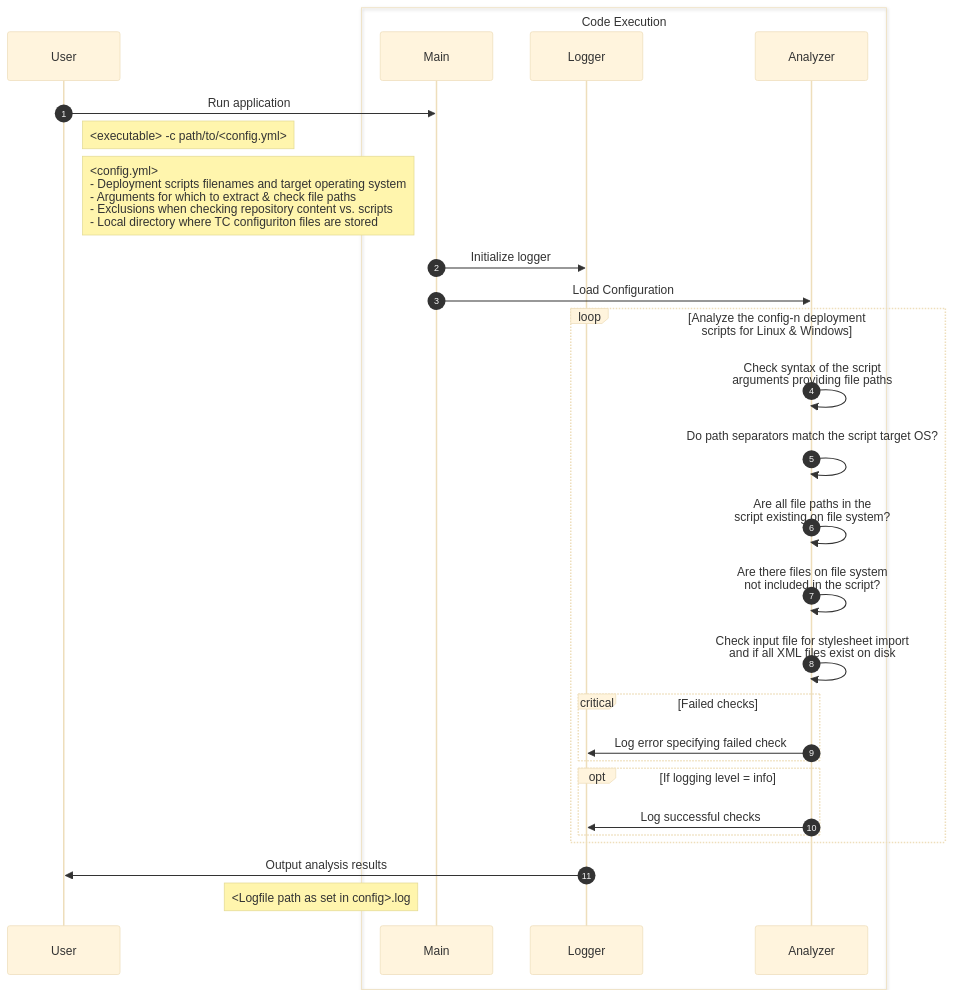
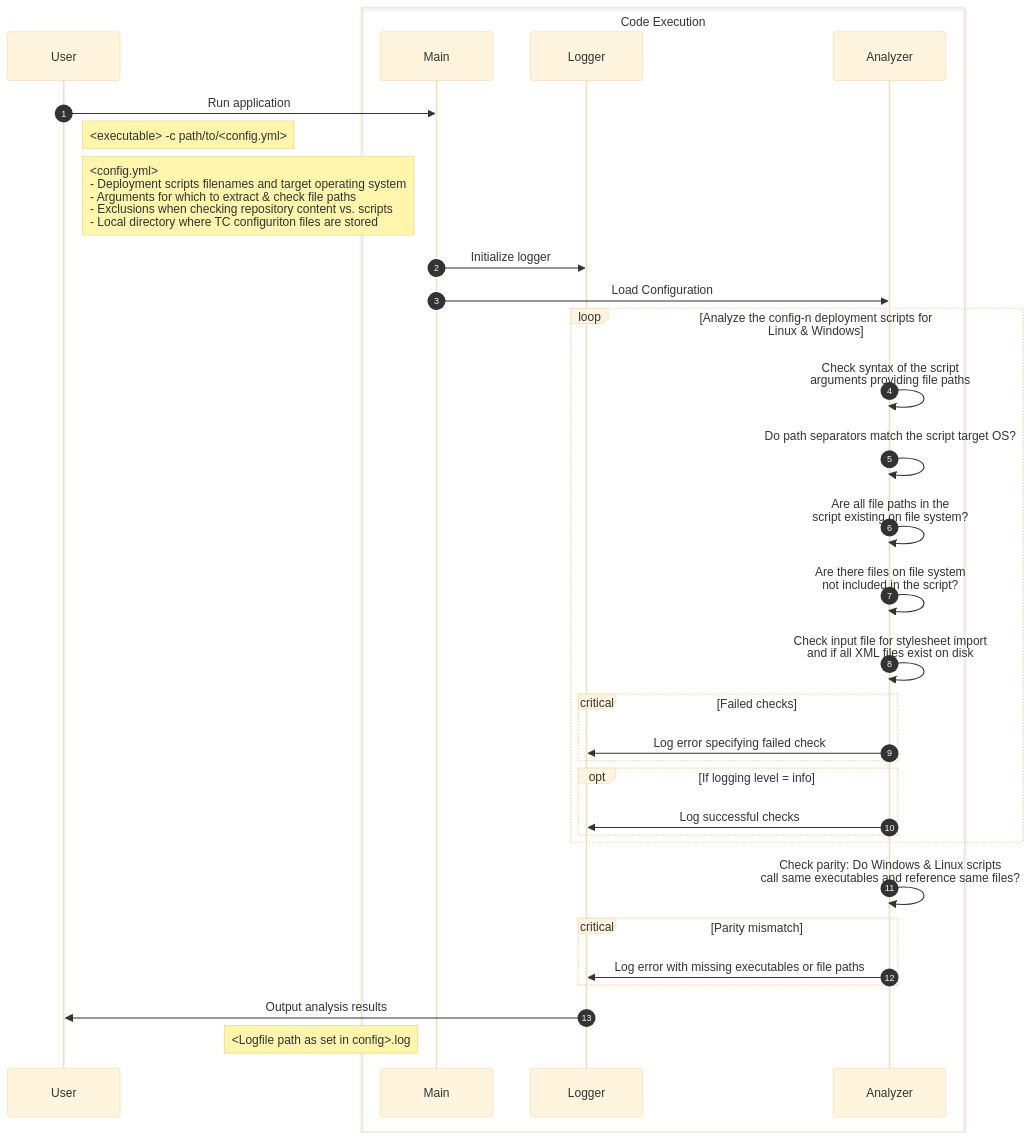
One commit to ananchev/validate-tcx-deploy-script changed the diagram in readme.md. Above: the diagram before and after it, drawn with Mermaid (base theme). The commit also changed 3 other files, not shown here.

Commit message:
parity check detects file path differences between scripts

````diff
--- a/readme.md
+++ b/readme.md
@@ -2,41 +2,45 @@
 ```mermaid
 ---
 config:
     noteAlign: left
 ---
 sequenceDiagram
     autonumber
     participant User
     box Code Execution
     participant Main
     participant Logger
     participant Analyzer
     end
 
     User->>Main: Run application
     Note right of User: <executable> -c path/to/<config.yml>
     Note right of User: <config.yml> <br> - Deployment scripts filenames and target operating system <br> - Arguments for which to extract & check file paths <br> - Exclusions when checking repository content vs. scripts<br> - Local directory where TC configuriton files are stored
     
     Main->>Logger: Initialize logger
     Main->>Analyzer: Load Configuration
    
 
     
 
     loop Analyze the config-n deployment scripts for Linux & Windows
         Analyzer->>Analyzer: Check syntax of the script <br> arguments providing file paths
         Analyzer->>Analyzer: Do path separators match the script target OS? <br>
         Analyzer->>Analyzer: Are all file paths in the <br> script existing on file system?
         Analyzer->>Analyzer: Are there files on file system <br> not included in the script?
         Analyzer->>Analyzer: Check input file for stylesheet import <br> and if all XML files exist on disk
         critical Failed checks
             Analyzer->>Logger: Log error specifying failed check
         end
         opt If logging level = info
                 Analyzer->>Logger: Log successful checks
         end
 
     end
+    Analyzer->>Analyzer: Check parity: Do Windows & Linux scripts <br> call same executables and reference same files?
+    critical Parity mismatch
+        Analyzer->>Logger: Log error with missing executables or file paths
+    end
     Logger->>User: Output analysis results
     Note left of Main: <Logfile path as set in config>.log
 ```
````
